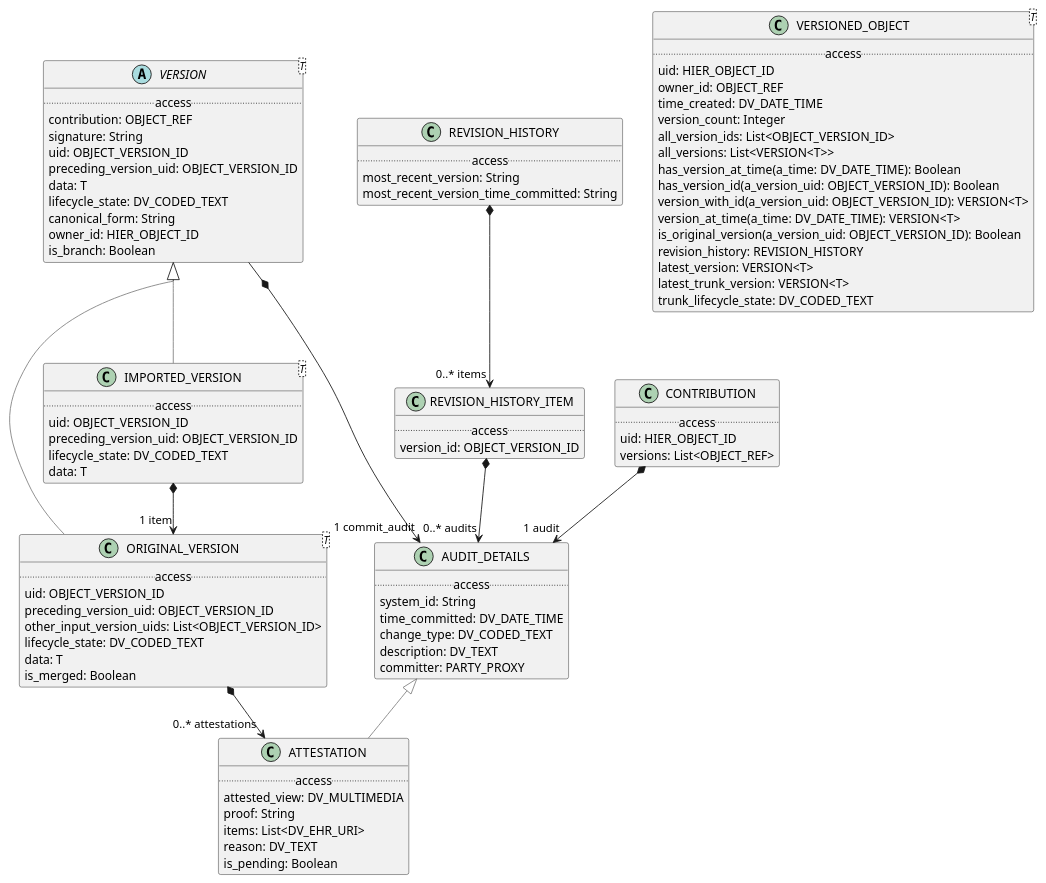
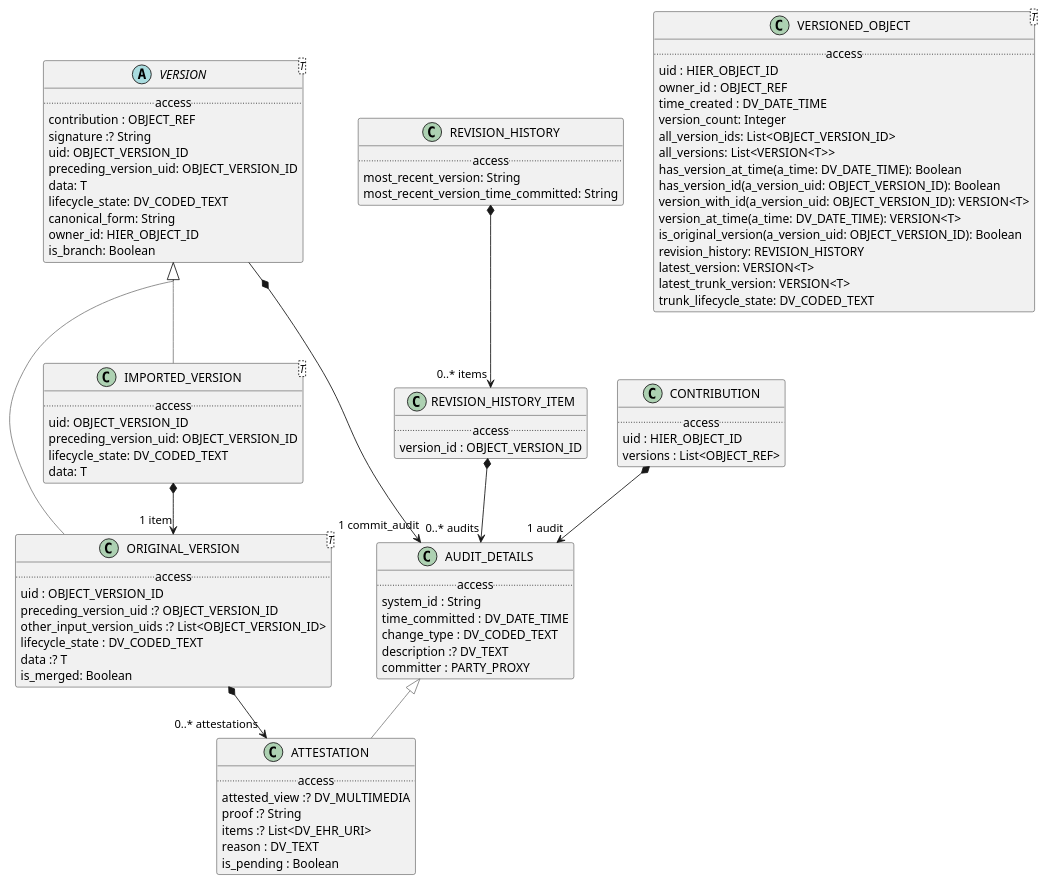
One commit to wolandscat/openehr-doc changed the diagram in modules/ROOT/examples/bmm/infostructure/versioning/versioning-package-uml.adoc. Above: the diagram before and after it, drawn with PlantUML. The commit also changed 1814 other files, not shown here.

```diff
--- a/modules/ROOT/examples/bmm/infostructure/versioning/versioning-package-uml.adoc
+++ b/modules/ROOT/examples/bmm/infostructure/versioning/versioning-package-uml.adoc
@@ -8,19 +8,18 @@
 
 class AUDIT_DETAILS [[/openehr-doc/latest/infostructure/versioning-gen.html#_class_audit_details]] {
         .. access ..
-        system_id: String
-        time_committed: DV_DATE_TIME
-        change_type: DV_CODED_TEXT
-        description: DV_TEXT
-        committer: PARTY_PROXY
+        system_id : String
+        time_committed : DV_DATE_TIME
+        change_type : DV_CODED_TEXT
+        description :? DV_TEXT
+        committer : PARTY_PROXY
 }
-
 
 class VERSIONED_OBJECT<T> [[/openehr-doc/latest/infostructure/versioning-gen.html#_class_versioned_object]] {
         .. access ..
-        uid: HIER_OBJECT_ID
-        owner_id: OBJECT_REF
-        time_created: DV_DATE_TIME
+        uid : HIER_OBJECT_ID
+        owner_id : OBJECT_REF
+        time_created : DV_DATE_TIME
         version_count: Integer
         all_version_ids: List<OBJECT_VERSION_ID>
         all_versions: List<VERSION<T>>
@@ -35,14 +34,13 @@
         trunk_lifecycle_state: DV_CODED_TEXT
 }
 
-
 class ORIGINAL_VERSION<T> [[/openehr-doc/latest/infostructure/versioning-gen.html#_class_original_version]] {
         .. access ..
-        uid: OBJECT_VERSION_ID
-        preceding_version_uid: OBJECT_VERSION_ID
-        other_input_version_uids: List<OBJECT_VERSION_ID>
-        lifecycle_state: DV_CODED_TEXT
-        data: T
+        uid : OBJECT_VERSION_ID
+        preceding_version_uid :? OBJECT_VERSION_ID
+        other_input_version_uids :? List<OBJECT_VERSION_ID>
+        lifecycle_state : DV_CODED_TEXT
+        data :? T
         is_merged: Boolean
 }
 
@@ -66,18 +64,16 @@
 
 class REVISION_HISTORY_ITEM [[/openehr-doc/latest/infostructure/versioning-gen.html#_class_revision_history_item]] {
         .. access ..
-        version_id: OBJECT_VERSION_ID
+        version_id : OBJECT_VERSION_ID
 }
-
 
 REVISION_HISTORY_ITEM *--> "0..* audits" AUDIT_DETAILS
 
 class CONTRIBUTION [[/openehr-doc/latest/infostructure/versioning-gen.html#_class_contribution]] {
         .. access ..
-        uid: HIER_OBJECT_ID
-        versions: List<OBJECT_REF>
+        uid : HIER_OBJECT_ID
+        versions : List<OBJECT_REF>
 }
-
 
 CONTRIBUTION *--> "1 audit" AUDIT_DETAILS
 
@@ -87,13 +83,12 @@
         most_recent_version_time_committed: String
 }
 
-
 REVISION_HISTORY *--> "0..* items" REVISION_HISTORY_ITEM
 
 abstract class VERSION<T> [[/openehr-doc/latest/infostructure/versioning-gen.html#_class_version]] {
         .. access ..
-        contribution: OBJECT_REF
-        signature: String
+        contribution : OBJECT_REF
+        signature :? String
         uid: OBJECT_VERSION_ID
         preceding_version_uid: OBJECT_VERSION_ID
         data: T
@@ -103,16 +98,15 @@
         is_branch: Boolean
 }
 
-
 VERSION *--> "1 commit_audit" AUDIT_DETAILS
 
 class ATTESTATION [[/openehr-doc/latest/infostructure/versioning-gen.html#_class_attestation]] {
         .. access ..
-        attested_view: DV_MULTIMEDIA
-        proof: String
-        items: List<DV_EHR_URI>
-        reason: DV_TEXT
-        is_pending: Boolean
+        attested_view :? DV_MULTIMEDIA
+        proof :? String
+        items :? List<DV_EHR_URI>
+        reason : DV_TEXT
+        is_pending : Boolean
 }
 
 ATTESTATION -[#gray]up-|> AUDIT_DETAILS  
```
